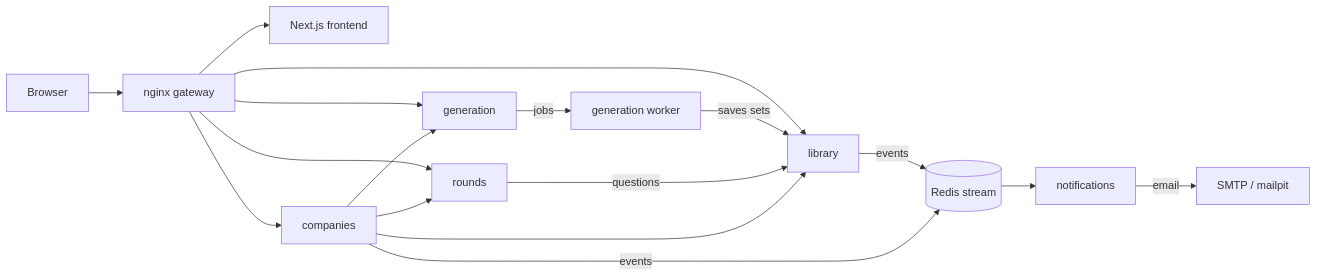
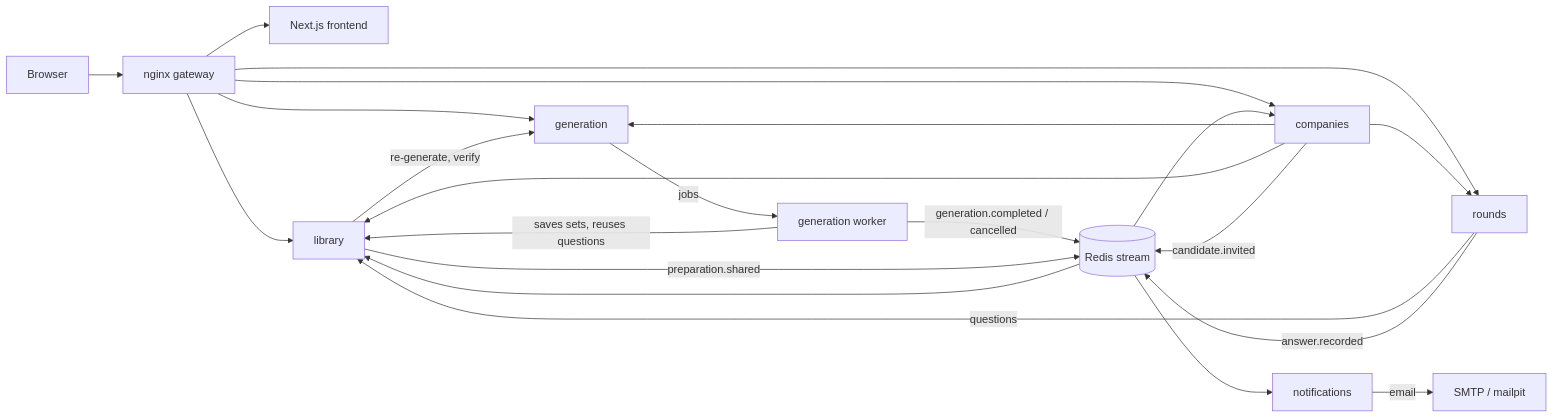
Before and after one commit to Vilsky-Viktor/ai-interview-prep-platform: the diagram in README.md, drawn with Mermaid. The commit also changed other lines of this file, not shown here.

````diff
--- a/README.md
+++ b/README.md
@@ -28,20 +30,25 @@
 ```mermaid
 flowchart LR
     browser[Browser] --> gateway[nginx gateway]
     gateway --> frontend[Next.js frontend]
     gateway --> library
     gateway --> generation
     gateway --> rounds
     gateway --> companies
 
     generation -- jobs --> worker[generation worker]
-    worker -- saves sets --> library
+    worker -- saves sets, reuses questions --> library
+    library -- re-generate, verify --> generation
     rounds -- questions --> library
     companies --> generation
     companies --> library
     companies --> rounds
 
-    library -- events --> redis[(Redis stream)]
-    companies -- events --> redis
+    rounds -- answer.recorded --> redis[(Redis stream)]
+    worker -- generation.completed / cancelled --> redis
+    library -- preparation.shared --> redis
+    companies -- candidate.invited --> redis
+    redis --> library
+    redis --> companies
     redis --> notifications -- email --> smtp[SMTP / mailpit]
 ```
````
